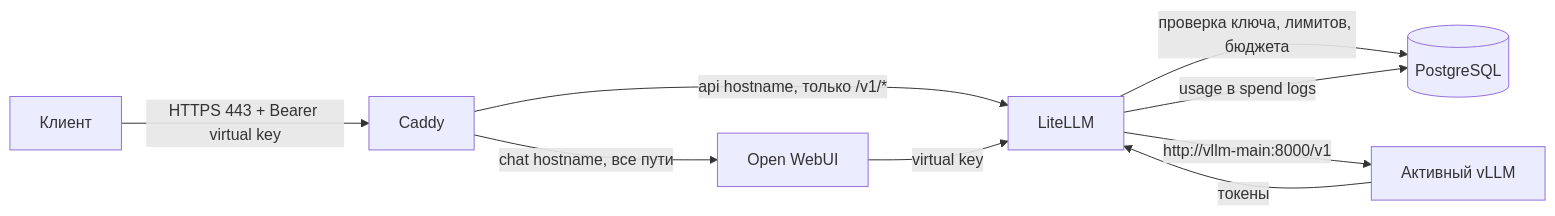
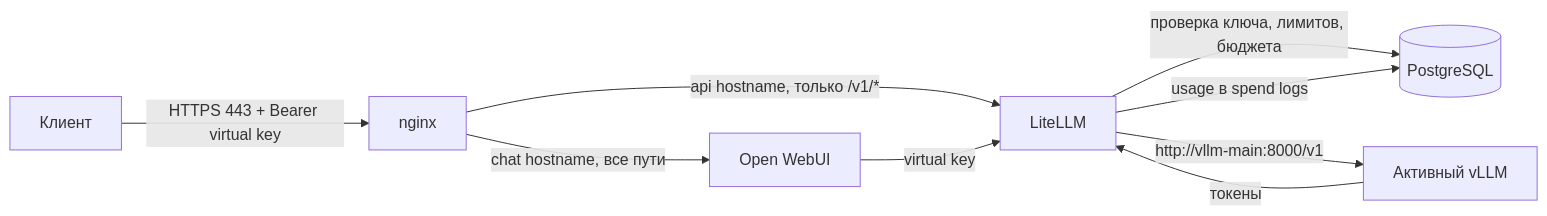
The first of 3 diagrams in docs/architecture.md (TheMrDJek/observable-vllm-stack), drawn with Mermaid before and after one commit. The commit also changed other lines of this file and 10 other files, not shown here.

````diff
--- a/docs/architecture.md
+++ b/docs/architecture.md
@@ -9,11 +9,11 @@
 ```mermaid
 flowchart LR
-  client[Клиент] -->|"HTTPS 443 + Bearer virtual key"| caddy[Caddy]
-  caddy -->|"api hostname, только /v1/*"| litellm[LiteLLM]
-  caddy -->|"chat hostname, все пути"| webui[Open WebUI]
+  client[Клиент] -->|"HTTPS 443 + Bearer virtual key"| nginx[nginx]
+  nginx -->|"api hostname, только /v1/*"| litellm[LiteLLM]
+  nginx -->|"chat hostname, все пути"| webui[Open WebUI]
   webui -->|"virtual key"| litellm
   litellm -->|"проверка ключа, лимитов, бюджета"| postgres[(PostgreSQL)]
   litellm -->|"http://vllm-main:8000/v1"| vllm[Активный vLLM]
   vllm -->|"токены"| litellm
   litellm -->|"usage в spend logs"| postgres
 ```
````
